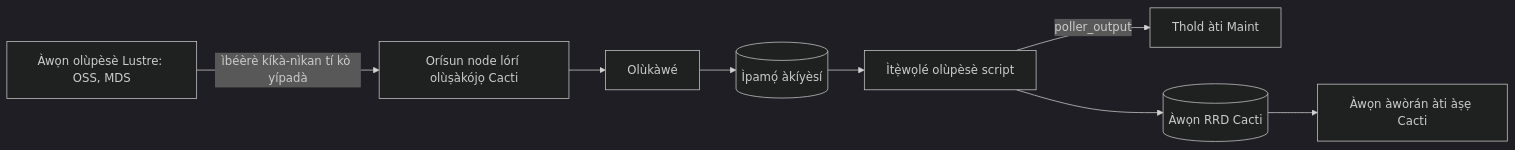
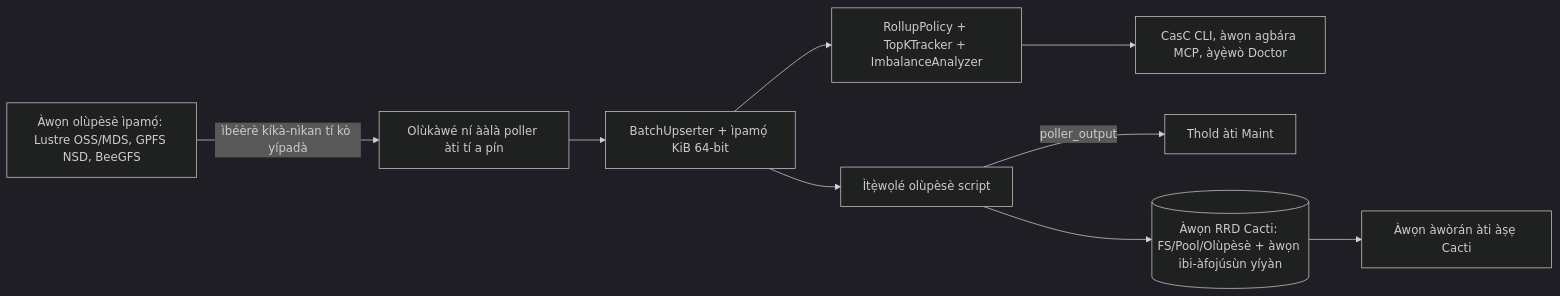
One commit to somethingwithproof/plugin_pfs changed the diagram in docs/i18n/yo-NG/README.md. Above: the diagram before and after it, drawn with Mermaid (dark theme). The commit also changed other lines of this file and 47 other files, not shown here.

````diff
--- a/docs/i18n/yo-NG/README.md
+++ b/docs/i18n/yo-NG/README.md
@@ -74,10 +82,11 @@
 ```mermaid
 flowchart LR
-    N[Àwọn olùpèsè Lustre: OSS, MDS] -->|ìbéèrè kíkà-nìkan tí kò yípadà| S[Orísun node lórí olùṣàkójọ Cacti]
-    S --> R[Olùkàwé]
-    R --> C[(Ìpamọ́ àkíyèsí)]
-    C --> SS[Ìtẹ̀wọlé olùpèsè script]
-    SS -->|poller_output| T[Thold àti Maint]
-    SS --> RRD[(Àwọn RRD Cacti)]
-    RRD --> G[Àwọn àwòrán àti àṣẹ Cacti]
+    N["Àwọn olùpèsè ìpamọ́: Lustre OSS/MDS, GPFS NSD, BeeGFS"] -->|ìbéèrè kíkà-nìkan tí kò yípadà| S["Olùkàwé ní ààlà poller àti tí a pín"]
+    S --> B["BatchUpserter + ìpamọ́ KiB 64-bit"]
+    B --> R["RollupPolicy + TopKTracker + ImbalanceAnalyzer"]
+    B --> SS["Ìtẹ̀wọlé olùpèsè script"]
+    R --> ECO["CasC CLI, àwọn agbára MCP, àyẹ̀wò Doctor"]
+    SS -->|poller_output| T["Thold àti Maint"]
+    SS --> RRD[("Àwọn RRD Cacti: FS/Pool/Olùpèsè + àwọn ibi-àfojúsùn yíyàn")]
+    RRD --> G["Àwọn àwòrán àti àṣẹ Cacti"]
 ```
````
